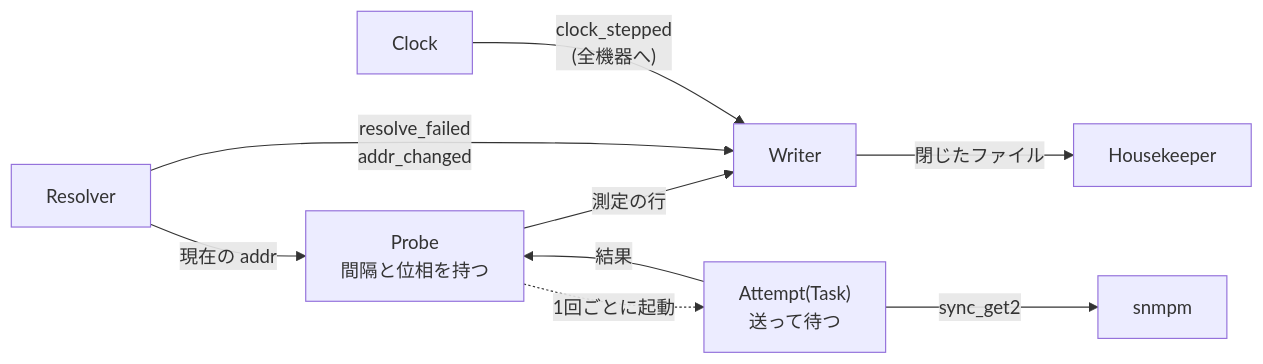
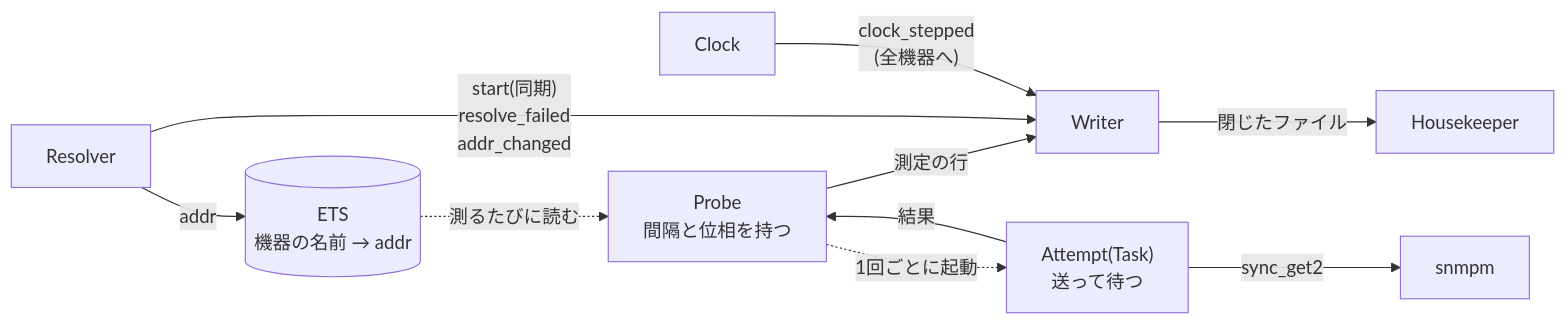
One commit to jolly-jive/Detchi changed the second of 2 diagrams in docs/basic-design.md. Above: the diagram before and after it, drawn with Mermaid. The commit also changed other lines of this file, not shown here.

First line of the commit message:
Decide how probes get addresses and when start is written

````diff
--- a/docs/basic-design.md
+++ b/docs/basic-design.md
@@ -92,11 +92,12 @@
 ```mermaid
 flowchart LR
   probe["Probe<br/>間隔と位相を持つ"] -. "1回ごとに起動" .-> att["Attempt(Task)<br/>送って待つ"]
   att -- "結果" --> probe
   att -- "sync_get2" --> snmpm["snmpm"]
   probe -- "測定の行" --> writer["Writer"]
-  resolver["Resolver"] -- "resolve_failed<br/>addr_changed" --> writer
-  resolver -- "現在の addr" --> probe
+  resolver["Resolver"] -- "start(同期)<br/>resolve_failed<br/>addr_changed" --> writer
+  resolver -- "addr" --> ets[("ETS<br/>機器の名前 → addr")]
+  ets -. "測るたびに読む" .-> probe
   clock["Clock"] -- "clock_stepped<br/>(全機器へ)" --> writer
   writer -- "閉じたファイル" --> hk["Housekeeper"]
 ```
````
